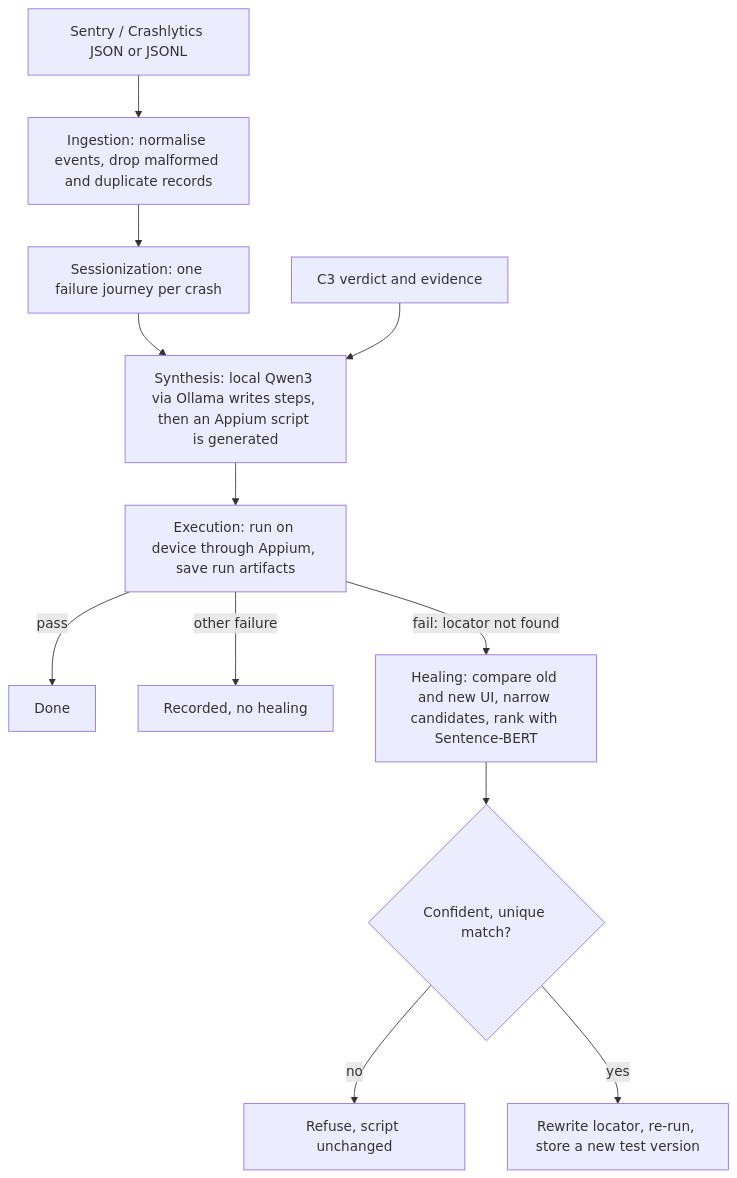
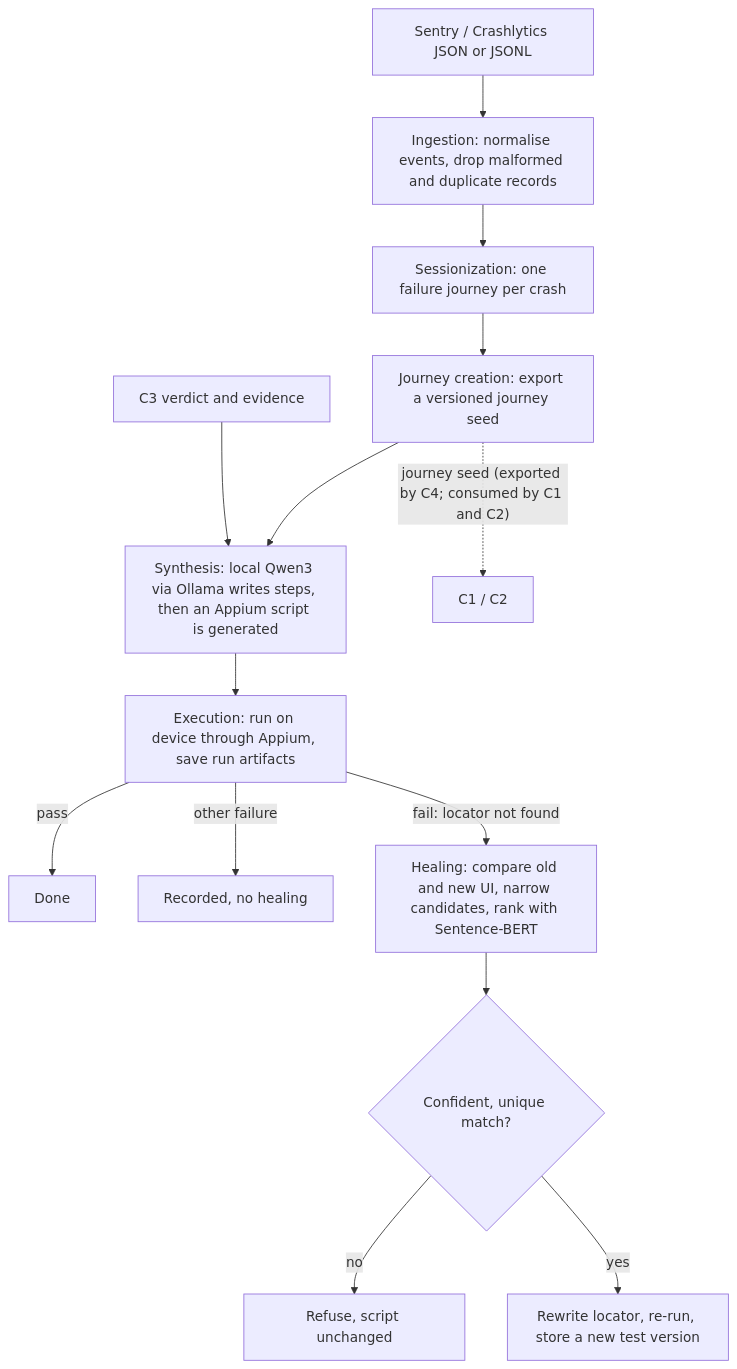
One commit to luqmanbooso/J26-SE-334 changed the second of 2 diagrams in component4/README.md. Above: the diagram before and after it, drawn with Mermaid. The commit also changed other lines of this file and 5 other files, not shown here.

Commit message:
feat(journeys): add journey creation and seed export functionality with tests

````diff
--- a/component4/README.md
+++ b/component4/README.md
@@ -40,14 +40,16 @@
 ```mermaid
 flowchart TD
   A["Sentry / Crashlytics JSON or JSONL"] --> B["Ingestion: normalise events, drop malformed and duplicate records"]
   B --> C["Sessionization: one failure journey per crash"]
-  C --> D["Synthesis: local Qwen3 via Ollama writes steps, then an Appium script is generated"]
+  C --> JC["Journey creation: export a versioned journey seed"]
+  JC --> D["Synthesis: local Qwen3 via Ollama writes steps, then an Appium script is generated"]
   V["C3 verdict and evidence"] --> D
   D --> E["Execution: run on device through Appium, save run artifacts"]
   E -->|"pass"| F["Done"]
   E -->|"other failure"| K["Recorded, no healing"]
   E -->|"fail: locator not found"| G["Healing: compare old and new UI, narrow candidates, rank with Sentence-BERT"]
   G --> H{"Confident, unique match?"}
   H -->|"no"| I["Refuse, script unchanged"]
   H -->|"yes"| J["Rewrite locator, re-run, store a new test version"]
+  JC -. "journey seed (exported by C4; consumed by C1 and C2)" .-> C1C2["C1 / C2"]
 ```
````
